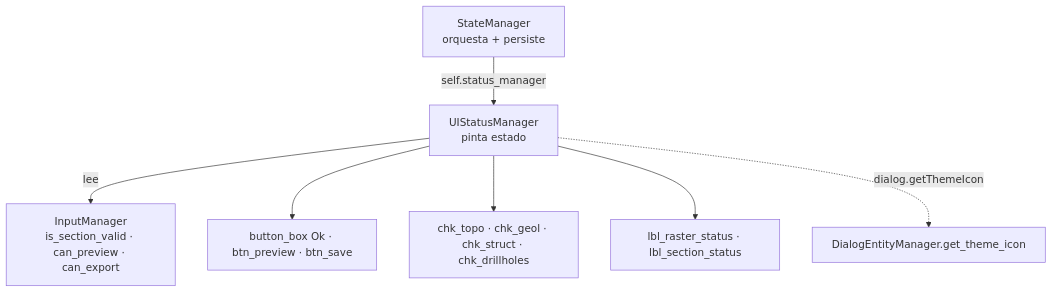
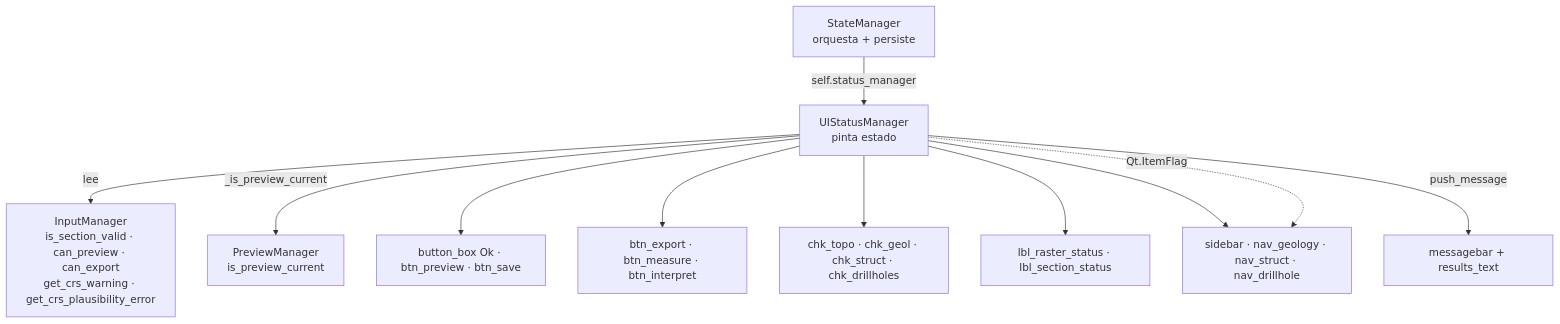
Before and after one commit to geociencio/sec_interp: the first of 2 diagrams in docs/code_walkthrough_v2/ui_status_manager.md, drawn with Mermaid. The commit also changed other lines of this file and 359 other files, not shown here.

````diff
--- a/docs/code_walkthrough_v2/ui_status_manager.md
+++ b/docs/code_walkthrough_v2/ui_status_manager.md
@@ -44,15 +47,20 @@
 ```mermaid
 graph TD
     SM["StateManager<br/>orquesta + persiste"]
     USM["UIStatusManager<br/>pinta estado"]
-    IM["InputManager<br/>is_section_valid · can_preview · can_export"]
+    IM["InputManager<br/>is_section_valid · can_preview · can_export<br/>get_crs_warning · get_crs_plausibility_error"]
+    PM["PreviewManager<br/>is_preview_current"]
 
     SM -->|self.status_manager| USM
     USM -->|lee| IM
+    USM -->|_is_preview_current| PM
 
     USM --> BB["button_box Ok · btn_preview · btn_save"]
+    USM --> TRIO["btn_export · btn_measure · btn_interpret"]
     USM --> CB["chk_topo · chk_geol · chk_struct · chk_drillholes"]
     USM --> LB["lbl_raster_status · lbl_section_status"]
+    USM --> NAV["sidebar · nav_geology · nav_struct · nav_drillhole"]
+    USM -->|push_message| MSG["messagebar + results_text"]
 
-    USM -.->|dialog.getThemeIcon| DEM["DialogEntityManager.get_theme_icon"]
+    USM -.->|Qt.ItemFlag| NAV
 ```
````
